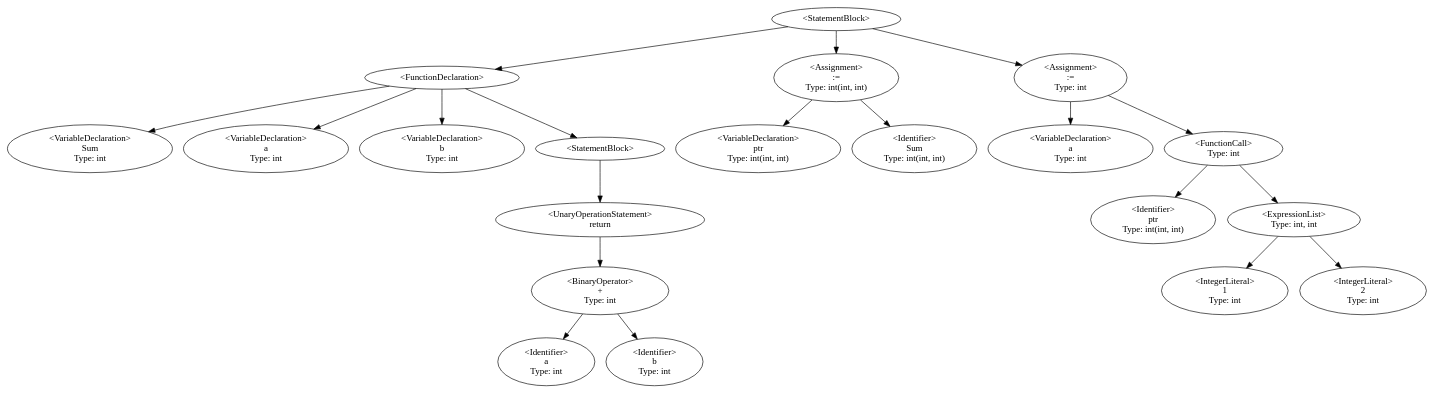
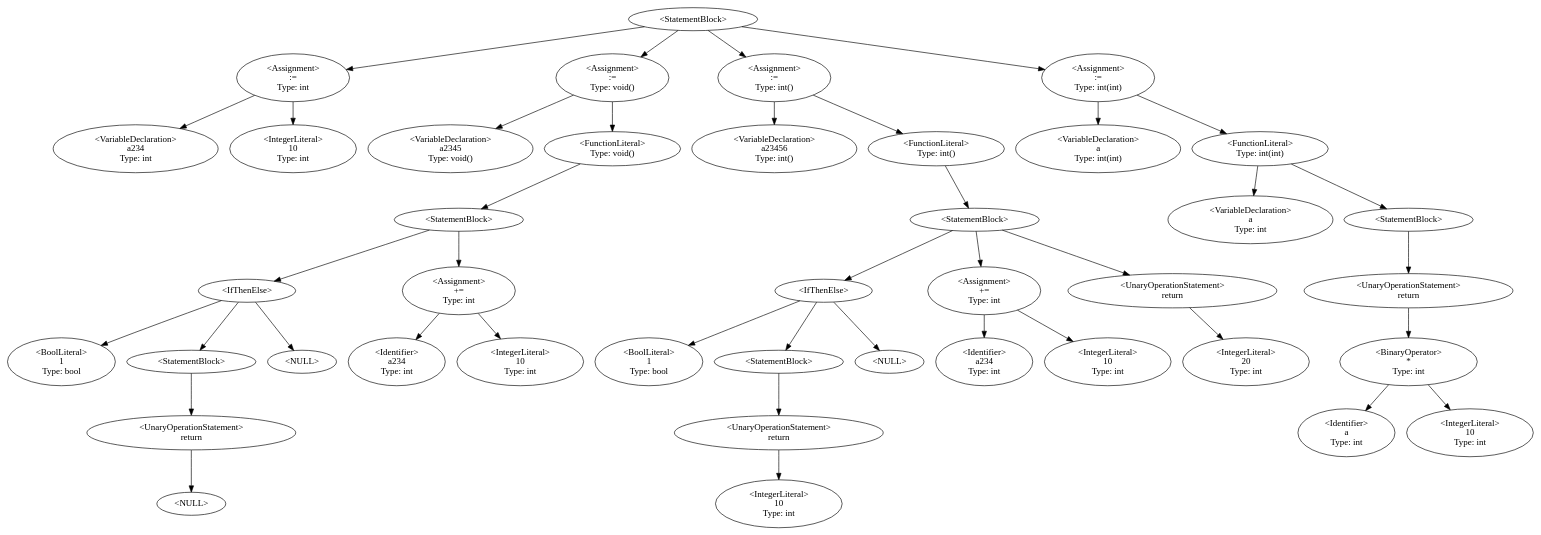
One commit to QazmoQwerty/dino changed the diagram in Dino/Dino/DstDisplay.gv. Above: the diagram before and after it, drawn with Graphviz. The commit also changed 9 other files, not shown here.

```diff
--- a/Dino/Dino/DstDisplay.gv
+++ b/Dino/Dino/DstDisplay.gv
@@ -1,36 +1,66 @@
 digraph G {
-7 [label="<StatementBlock>"];7->10;7->33;7->44;
-10 [label="<FunctionDeclaration>"];10->8;10->11;10->13;10->15;
-8 [label="<VariableDeclaration>\nSum
+8 [label="<StatementBlock>"];8->13;8->36;8->64;8->86;
+13 [label="<Assignment>\n:=
+Type: int"];13->11;13->9;
+11 [label="<VariableDeclaration>\na234
 Type: int"];
-11 [label="<VariableDeclaration>\na
+9 [label="<IntegerLiteral>\n10
 Type: int"];
-13 [label="<VariableDeclaration>\nb
+36 [label="<Assignment>\n:=
+Type: void()"];36->29;36->14;
+29 [label="<VariableDeclaration>\na2345
+Type: void()"];
+14 [label="<FunctionLiteral>
+Type: void()"];14->19;
+19 [label="<StatementBlock>"];19->20;19->28;
+20 [label="<IfThenElse>"];20->21;20->23;20->-1;-1 [label="<NULL>"];
+21 [label="<BoolLiteral>\n1
+Type: bool"];
+23 [label="<StatementBlock>"];23->24;
+24 [label="<UnaryOperationStatement>\nreturn"];24->-2;-2 [label="<NULL>"];
+28 [label="<Assignment>\n+=
+Type: int"];28->27;28->25;
+27 [label="<Identifier>\na234
 Type: int"];
-15 [label="<StatementBlock>"];15->19;
-19 [label="<UnaryOperationStatement>\nreturn"];19->18;
-18 [label="<BinaryOperator>\n+
-Type: int"];18->17;18->16;
-17 [label="<Identifier>\na
+25 [label="<IntegerLiteral>\n10
 Type: int"];
-16 [label="<Identifier>\nb
+64 [label="<Assignment>\n:=
+Type: int()"];64->57;64->37;
+57 [label="<VariableDeclaration>\na23456
+Type: int()"];
+37 [label="<FunctionLiteral>
+Type: int()"];37->42;
+42 [label="<StatementBlock>"];42->43;42->53;42->56;
+43 [label="<IfThenElse>"];43->44;43->46;43->-3;-3 [label="<NULL>"];
+44 [label="<BoolLiteral>\n1
+Type: bool"];
+46 [label="<StatementBlock>"];46->49;
+49 [label="<UnaryOperationStatement>\nreturn"];49->47;
+47 [label="<IntegerLiteral>\n10
 Type: int"];
-33 [label="<Assignment>\n:=
-Type: int(int, int)"];33->24;33->23;
-24 [label="<VariableDeclaration>\nptr
-Type: int(int, int)"];
-23 [label="<Identifier>\nSum
-Type: int(int, int)"];
-44 [label="<Assignment>\n:=
-Type: int"];44->42;44->41;
-42 [label="<VariableDeclaration>\na
+53 [label="<Assignment>\n+=
+Type: int"];53->52;53->50;
+52 [label="<Identifier>\na234
 Type: int"];
-41 [label="<FunctionCall>\nType: int"];41->34;41->35;
-34 [label="<Identifier>\nptr
-Type: int(int, int)"];
-35 [label="<ExpressionList>\nType: int, int"];35->37;35->39;
-37 [label="<IntegerLiteral>\n1
+50 [label="<IntegerLiteral>\n10
 Type: int"];
-39 [label="<IntegerLiteral>\n2
+56 [label="<UnaryOperationStatement>\nreturn"];56->54;
+54 [label="<IntegerLiteral>\n20
+Type: int"];
+86 [label="<Assignment>\n:=
+Type: int(int)"];86->78;86->65;
+78 [label="<VariableDeclaration>\na
+Type: int(int)"];
+65 [label="<FunctionLiteral>
+Type: int(int)"];65->70;65->72;
+70 [label="<VariableDeclaration>\na
+Type: int"];
+72 [label="<StatementBlock>"];72->77;
+77 [label="<UnaryOperationStatement>\nreturn"];77->76;
+76 [label="<BinaryOperator>\n*
+Type: int"];76->75;76->73;
+75 [label="<Identifier>\na
+Type: int"];
+73 [label="<IntegerLiteral>\n10
 Type: int"];
 }
```
